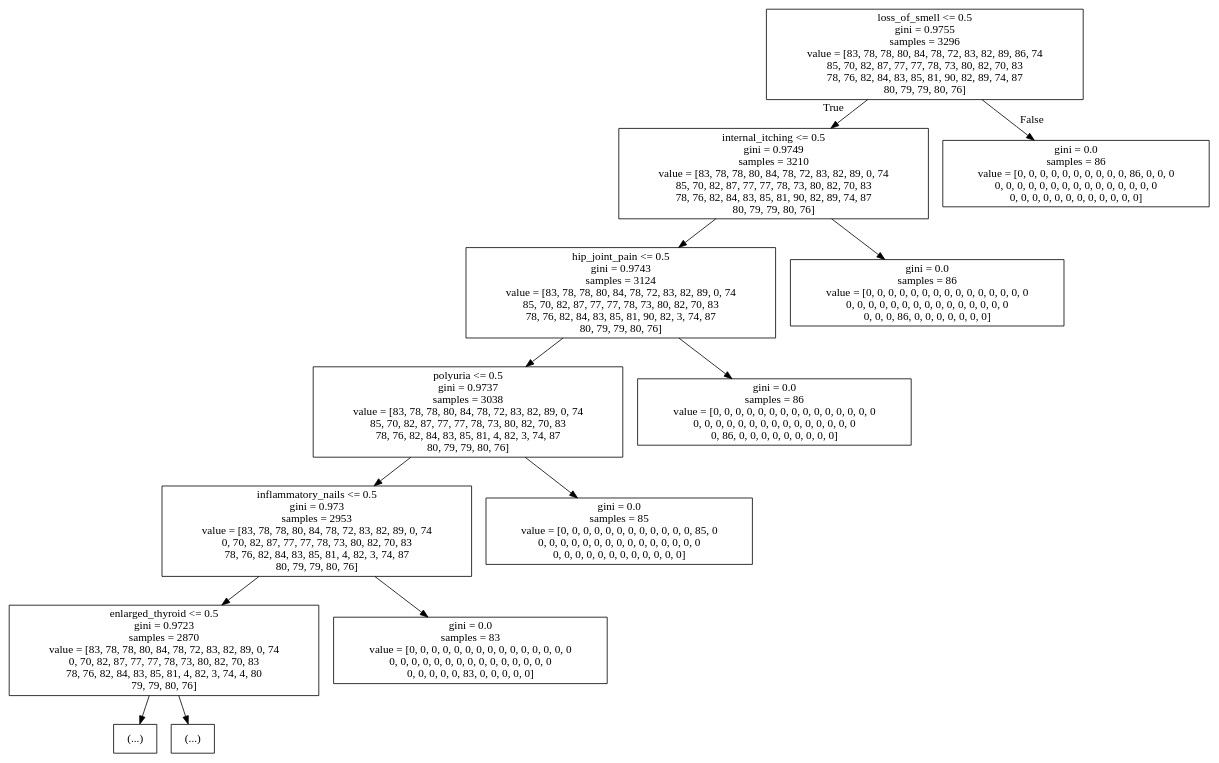
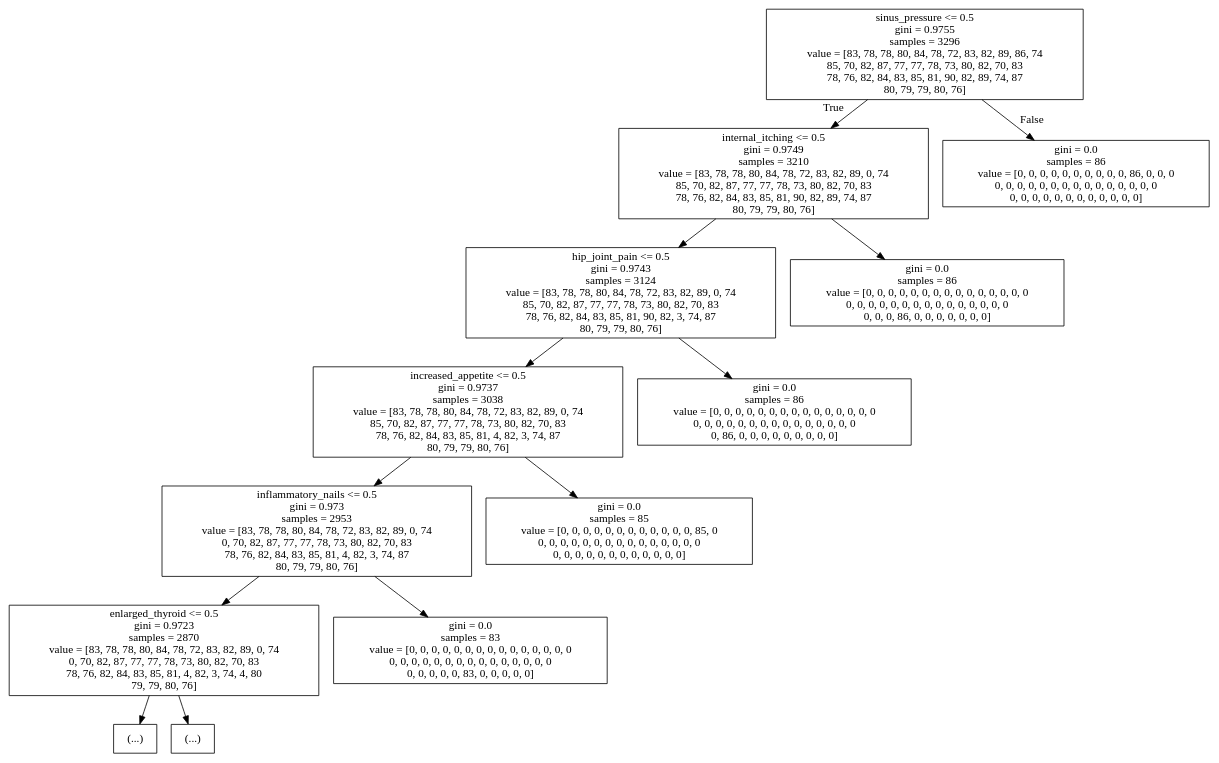
The diagram in DOT-files/tree-top5.dot (Adityaraj1711/disease_prediction_for_mdtouch), drawn with Graphviz before and after one commit. The commit also changed 7 other files, not shown here.

```diff
--- a/DOT-files/tree-top5.dot
+++ b/DOT-files/tree-top5.dot
@@ -1,28 +1,28 @@
 digraph Tree {
 node [shape=box] ;
-0 [label="loss_of_smell <= 0.5\ngini = 0.9755\nsamples = 3296\nvalue = [83, 78, 78, 80, 84, 78, 72, 83, 82, 89, 86, 74\n85, 70, 82, 87, 77, 77, 78, 73, 80, 82, 70, 83\n78, 76, 82, 84, 83, 85, 81, 90, 82, 89, 74, 87\n80, 79, 79, 80, 76]"] ;
+0 [label="sinus_pressure <= 0.5\ngini = 0.9755\nsamples = 3296\nvalue = [83, 78, 78, 80, 84, 78, 72, 83, 82, 89, 86, 74\n85, 70, 82, 87, 77, 77, 78, 73, 80, 82, 70, 83\n78, 76, 82, 84, 83, 85, 81, 90, 82, 89, 74, 87\n80, 79, 79, 80, 76]"] ;
 1 [label="internal_itching <= 0.5\ngini = 0.9749\nsamples = 3210\nvalue = [83, 78, 78, 80, 84, 78, 72, 83, 82, 89, 0, 74\n85, 70, 82, 87, 77, 77, 78, 73, 80, 82, 70, 83\n78, 76, 82, 84, 83, 85, 81, 90, 82, 89, 74, 87\n80, 79, 79, 80, 76]"] ;
 0 -> 1 [labeldistance=2.5, labelangle=45, headlabel="True"] ;
 2 [label="hip_joint_pain <= 0.5\ngini = 0.9743\nsamples = 3124\nvalue = [83, 78, 78, 80, 84, 78, 72, 83, 82, 89, 0, 74\n85, 70, 82, 87, 77, 77, 78, 73, 80, 82, 70, 83\n78, 76, 82, 84, 83, 85, 81, 90, 82, 3, 74, 87\n80, 79, 79, 80, 76]"] ;
 1 -> 2 ;
-3 [label="polyuria <= 0.5\ngini = 0.9737\nsamples = 3038\nvalue = [83, 78, 78, 80, 84, 78, 72, 83, 82, 89, 0, 74\n85, 70, 82, 87, 77, 77, 78, 73, 80, 82, 70, 83\n78, 76, 82, 84, 83, 85, 81, 4, 82, 3, 74, 87\n80, 79, 79, 80, 76]"] ;
+3 [label="increased_appetite <= 0.5\ngini = 0.9737\nsamples = 3038\nvalue = [83, 78, 78, 80, 84, 78, 72, 83, 82, 89, 0, 74\n85, 70, 82, 87, 77, 77, 78, 73, 80, 82, 70, 83\n78, 76, 82, 84, 83, 85, 81, 4, 82, 3, 74, 87\n80, 79, 79, 80, 76]"] ;
 2 -> 3 ;
 4 [label="inflammatory_nails <= 0.5\ngini = 0.973\nsamples = 2953\nvalue = [83, 78, 78, 80, 84, 78, 72, 83, 82, 89, 0, 74\n0, 70, 82, 87, 77, 77, 78, 73, 80, 82, 70, 83\n78, 76, 82, 84, 83, 85, 81, 4, 82, 3, 74, 87\n80, 79, 79, 80, 76]"] ;
 3 -> 4 ;
 5 [label="enlarged_thyroid <= 0.5\ngini = 0.9723\nsamples = 2870\nvalue = [83, 78, 78, 80, 84, 78, 72, 83, 82, 89, 0, 74\n0, 70, 82, 87, 77, 77, 78, 73, 80, 82, 70, 83\n78, 76, 82, 84, 83, 85, 81, 4, 82, 3, 74, 4, 80\n79, 79, 80, 76]"] ;
 4 -> 5 ;
 6 [label="(...)"] ;
 5 -> 6 ;
 141 [label="(...)"] ;
 5 -> 141 ;
 142 [label="gini = 0.0\nsamples = 83\nvalue = [0, 0, 0, 0, 0, 0, 0, 0, 0, 0, 0, 0, 0, 0, 0\n0, 0, 0, 0, 0, 0, 0, 0, 0, 0, 0, 0, 0, 0, 0\n0, 0, 0, 0, 0, 83, 0, 0, 0, 0, 0]"] ;
 4 -> 142 ;
 143 [label="gini = 0.0\nsamples = 85\nvalue = [0, 0, 0, 0, 0, 0, 0, 0, 0, 0, 0, 0, 85, 0\n0, 0, 0, 0, 0, 0, 0, 0, 0, 0, 0, 0, 0, 0, 0\n0, 0, 0, 0, 0, 0, 0, 0, 0, 0, 0, 0]"] ;
 3 -> 143 ;
 144 [label="gini = 0.0\nsamples = 86\nvalue = [0, 0, 0, 0, 0, 0, 0, 0, 0, 0, 0, 0, 0, 0, 0\n0, 0, 0, 0, 0, 0, 0, 0, 0, 0, 0, 0, 0, 0, 0\n0, 86, 0, 0, 0, 0, 0, 0, 0, 0, 0]"] ;
 2 -> 144 ;
 145 [label="gini = 0.0\nsamples = 86\nvalue = [0, 0, 0, 0, 0, 0, 0, 0, 0, 0, 0, 0, 0, 0, 0\n0, 0, 0, 0, 0, 0, 0, 0, 0, 0, 0, 0, 0, 0, 0\n0, 0, 0, 86, 0, 0, 0, 0, 0, 0, 0]"] ;
 1 -> 145 ;
 146 [label="gini = 0.0\nsamples = 86\nvalue = [0, 0, 0, 0, 0, 0, 0, 0, 0, 0, 86, 0, 0, 0\n0, 0, 0, 0, 0, 0, 0, 0, 0, 0, 0, 0, 0, 0, 0\n0, 0, 0, 0, 0, 0, 0, 0, 0, 0, 0, 0]"] ;
 0 -> 146 [labeldistance=2.5, labelangle=-45, headlabel="False"] ;
 }
```
